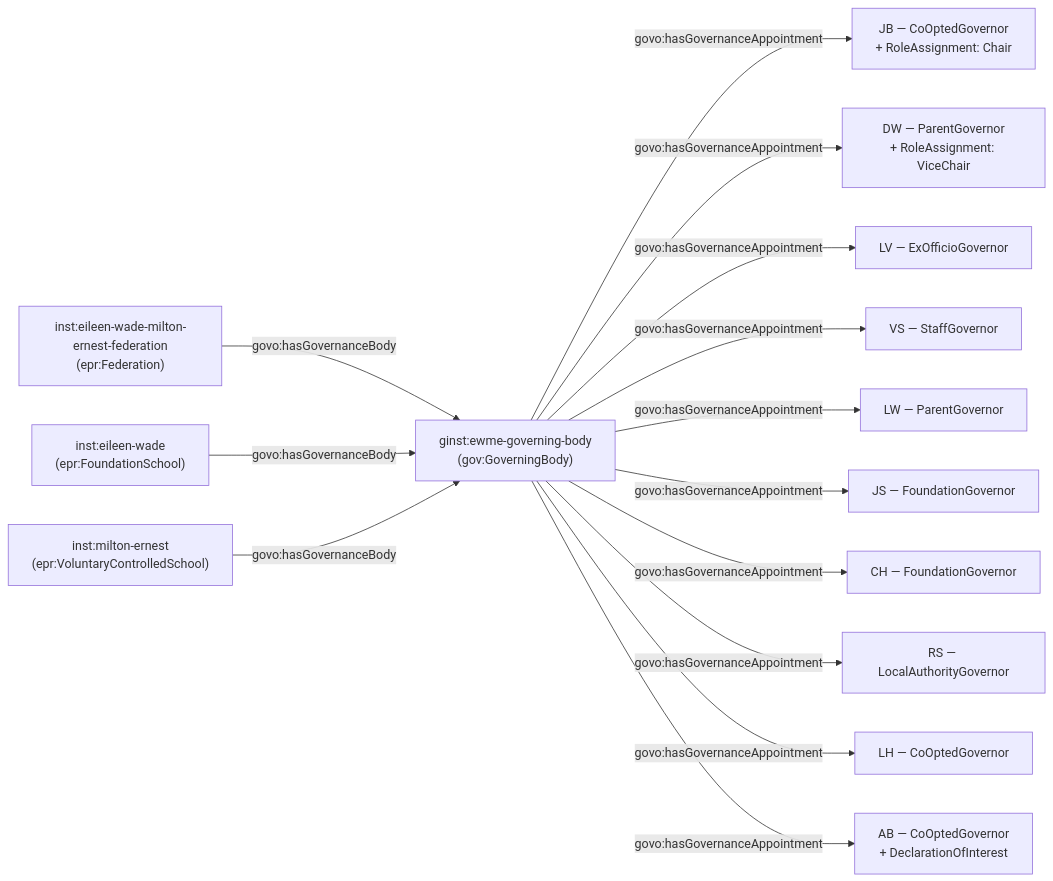
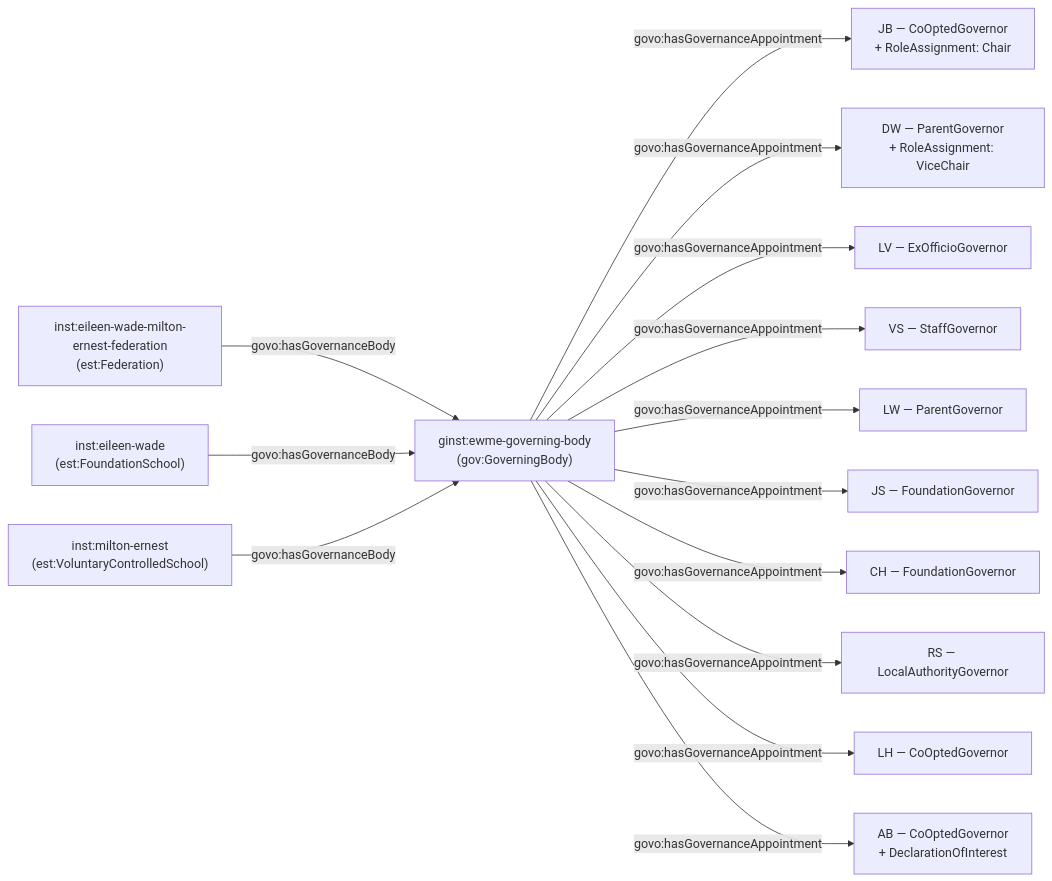
One commit to DFE-Digital/education-provider-registry-docs changed the second of 2 diagrams in docs-site/content/models/governance/worked-examples/eileen-wade-milton-ernest/index.md. Above: the diagram before and after it, drawn with Mermaid. The commit also changed other lines of this file and 42 other files, not shown here.

````diff
--- a/docs-site/content/models/governance/worked-examples/eileen-wade-milton-ernest/index.md
+++ b/docs-site/content/models/governance/worked-examples/eileen-wade-milton-ernest/index.md
@@ -84,22 +84,22 @@
 ```mermaid
 flowchart LR
-    F["inst:eileen-wade-milton-ernest-federation<br/>(epr:Federation)"]
-    EW["inst:eileen-wade<br/>(epr:FoundationSchool)"]
-    ME["inst:milton-ernest<br/>(epr:VoluntaryControlledSchool)"]
+    F["inst:eileen-wade-milton-ernest-federation<br/>(est:Federation)"]
+    EW["inst:eileen-wade<br/>(est:FoundationSchool)"]
+    ME["inst:milton-ernest<br/>(est:VoluntaryControlledSchool)"]
     GB["ginst:ewme-governing-body<br/>(gov:GoverningBody)"]
 
     F -->|govo:hasGovernanceBody| GB
     EW -->|govo:hasGovernanceBody| GB
     ME -->|govo:hasGovernanceBody| GB
 
     GB -->|govo:hasGovernanceAppointment| G1["JB — CoOptedGovernor<br/>+ RoleAssignment: Chair"]
     GB -->|govo:hasGovernanceAppointment| G2["DW — ParentGovernor<br/>+ RoleAssignment: ViceChair"]
     GB -->|govo:hasGovernanceAppointment| G3["LV — ExOfficioGovernor"]
     GB -->|govo:hasGovernanceAppointment| G4["VS — StaffGovernor"]
     GB -->|govo:hasGovernanceAppointment| G5["LW — ParentGovernor"]
     GB -->|govo:hasGovernanceAppointment| G6["JS — FoundationGovernor"]
     GB -->|govo:hasGovernanceAppointment| G7["CH — FoundationGovernor"]
     GB -->|govo:hasGovernanceAppointment| G8["RS — LocalAuthorityGovernor"]
     GB -->|govo:hasGovernanceAppointment| G9["LH — CoOptedGovernor"]
     GB -->|govo:hasGovernanceAppointment| G10["AB — CoOptedGovernor<br/>+ DeclarationOfInterest"]
 ```
````
